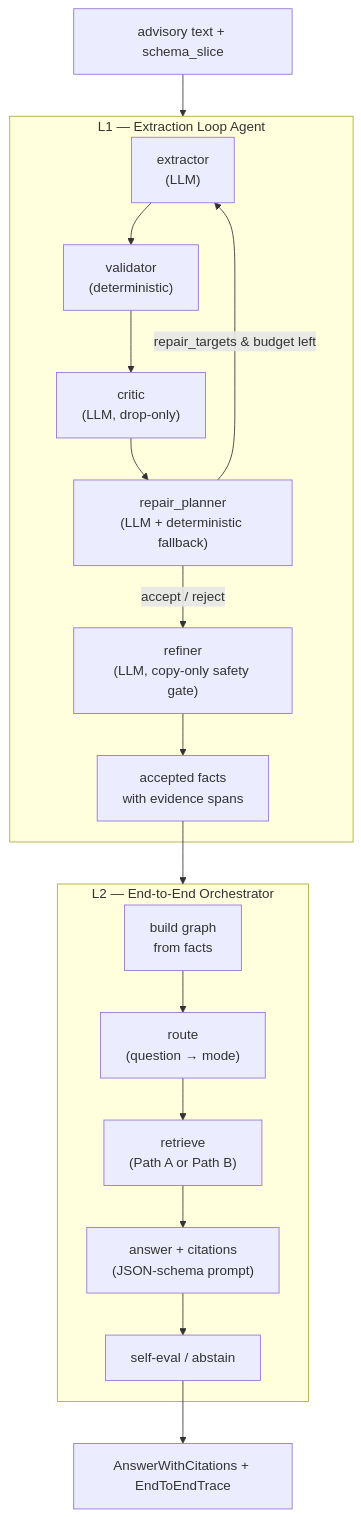
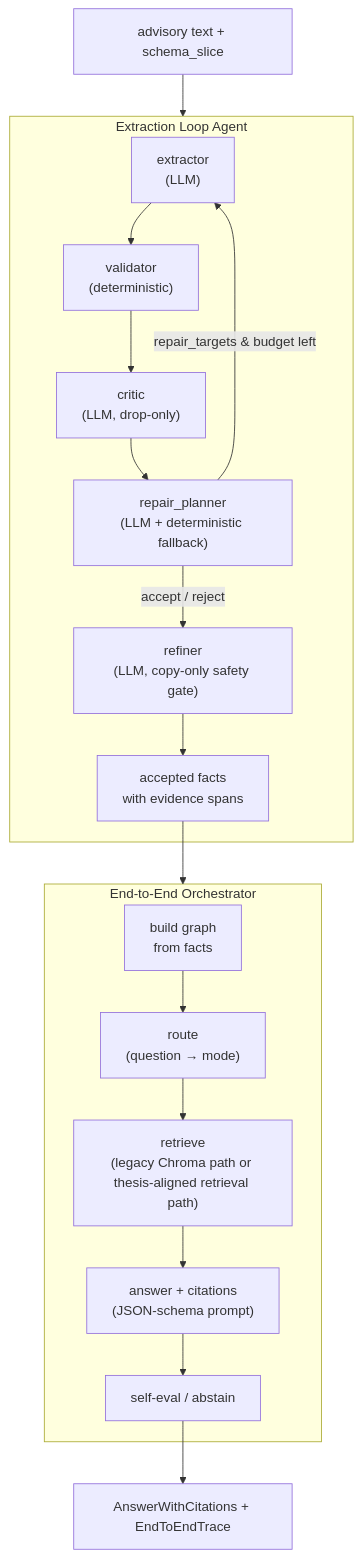
The diagram in docs/atcscc_agent_architecture.md (exordor/aviation_agentic_ai), drawn with Mermaid before and after one commit. The commit also changed other lines of this file and 26 other files, not shown here.

````diff
--- a/docs/atcscc_agent_architecture.md
+++ b/docs/atcscc_agent_architecture.md
@@ -85,28 +85,28 @@
 ```mermaid
 flowchart TD
-    ADV["advisory text + schema_slice"] --> L1
+    ADV["advisory text + schema_slice"] --> EXTRACT_LOOP
 
-    subgraph L1["L1 — Extraction Loop Agent"]
+    subgraph EXTRACT_LOOP["Extraction Loop Agent"]
         EX["extractor<br/>(LLM)"]
         VAL["validator<br/>(deterministic)"]
         CR["critic<br/>(LLM, drop-only)"]
         RP["repair_planner<br/>(LLM + deterministic fallback)"]
         RF["refiner<br/>(LLM, copy-only safety gate)"]
         EX --> VAL --> CR --> RP
         RP -- "repair_targets &amp; budget left" --> EX
         RP -- "accept / reject" --> RF --> FACTS["accepted facts<br/>with evidence spans"]
     end
 
-    FACTS --> L2
+    FACTS --> ORCHESTRATOR
 
-    subgraph L2["L2 — End-to-End Orchestrator"]
+    subgraph ORCHESTRATOR["End-to-End Orchestrator"]
         GRAPH["build graph<br/>from facts"]
         ROUTE["route<br/>(question → mode)"]
-        RET["retrieve<br/>(Path A or Path B)"]
+        RET["retrieve<br/>(legacy Chroma path or thesis-aligned retrieval path)"]
         ANS["answer + citations<br/>(JSON-schema prompt)"]
         SELF["self-eval / abstain"]
         GRAPH --> ROUTE --> RET --> ANS --> SELF
     end
 
     SELF --> OUT["AnswerWithCitations + EndToEndTrace"]
 ```
````
